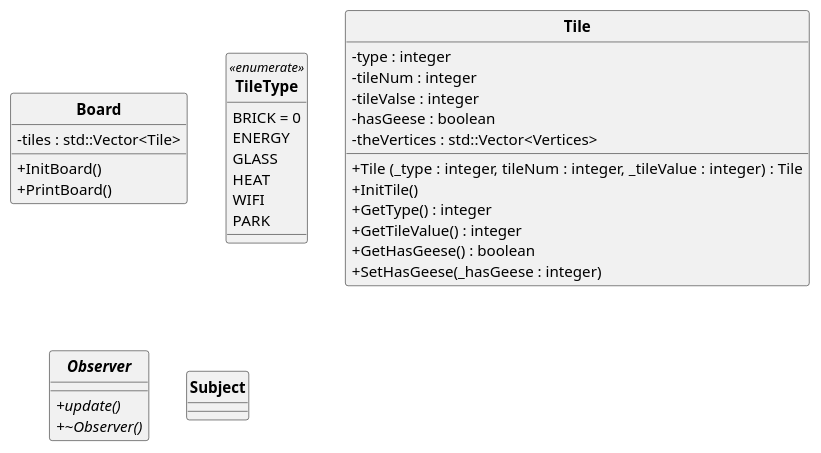
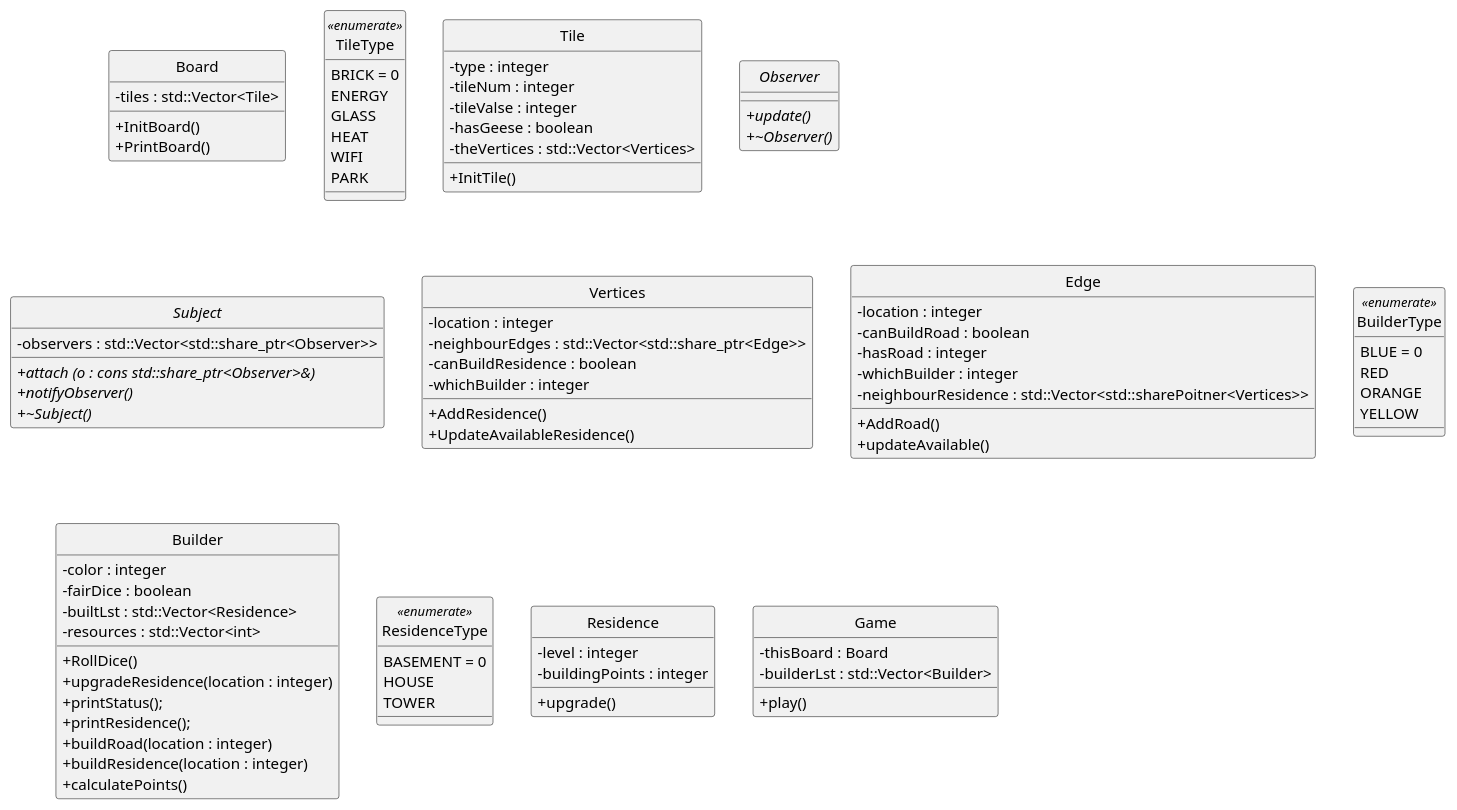
Before and after one commit to Charles-Shang/constructor: the diagram in UML.wsd, drawn with PlantUML.

```diff
--- a/UML.wsd
+++ b/UML.wsd
@@ -1,57 +1,111 @@
 @startuml CS246 Final Project UML 
 skinparam style strictuml
 skinparam SequenceMessageAlignment center
 skinparam classAttributeIconSize 0
 
-' class **Board**  
-' class **TileType**
-' class **Tile**
-' class **Observer**
-' class **Subject**
-' class **Vertices**
-' class **Edge**
-' class **BuilderType**
-' class **Builder**
-' class **ResidenceType**
-' class **Residence**
-' class **Game**
+' class Board  
+' class TileType
+' class Tile
+' class Observer
+' class Subject
+' class Vertices
+' class Edge
+' class BuilderType
+' class Builder
+' class ResidenceType
+' class Residence
+' class Game
 
-class **Board**  {
+class Board  {
     -tiles : std::Vector<Tile>
     +InitBoard()
     +PrintBoard()
 } 
 
-enum **TileType** << enumerate >> {
+enum TileType << enumerate >> {
     BRICK = 0
     ENERGY 
     GLASS 
     HEAT 
     WIFI 
     PARK
 }
 
-class **Tile** {
+class Tile {
     - type : integer
     - tileNum : integer
     - tileValse : integer
     - hasGeese : boolean
     - theVertices : std::Vector<Vertices>
-    + Tile (_type : integer, tileNum : integer, _tileValue : integer) : Tile
     + InitTile()
-    + GetType() : integer
-    + GetTileValue() : integer 
-    + GetHasGeese() : boolean
-    + SetHasGeese(_hasGeese : integer)
 } 
-abstract class **Observer** {
+abstract class Observer {
     + {abstract} update()
     + {abstract} ~Observer()
 }
 
-class **Subject** {
-
+abstract class Subject {
+    - observers : std::Vector<std::share_ptr<Observer>>
+    + {abstract} attach (o : cons std::share_ptr<Observer>&)
+    + {abstract} notifyObserver()
+    + {abstract} ~Subject()
 }
 
+class Vertices {
+    - location : integer
+    - neighbourEdges : std::Vector<std::share_ptr<Edge>> 
+    - canBuildResidence : boolean
+    - whichBuilder : integer
+    + AddResidence()
+    + UpdateAvailableResidence()
+}
 
+class Edge {
+    - location : integer 
+    - canBuildRoad : boolean
+    - hasRoad : integer 
+    - whichBuilder : integer 
+    - neighbourResidence : std::Vector<std::sharePoitner<Vertices>>
+    + AddRoad()
+    + updateAvailable() 
+}
+
+enum BuilderType << enumerate >> {
+    BLUE = 0
+    RED 
+    ORANGE 
+    YELLOW 
+}
+
+class Builder {
+    - color : integer 
+    - fairDice : boolean
+    - builtLst : std::Vector<Residence> 
+    - resources : std::Vector<int>
+    + RollDice()
+    + upgradeResidence(location : integer)
+    + printStatus();
+    + printResidence();
+    + buildRoad(location : integer) 
+    + buildResidence(location : integer)
+    + calculatePoints()
+}
+
+enum ResidenceType << enumerate >> {
+    BASEMENT = 0
+    HOUSE
+    TOWER  
+}
+
+class Residence {
+    - level : integer 
+    - buildingPoints : integer 
+    + upgrade()
+}
+
+class Game {
+    - thisBoard : Board 
+    - builderLst : std::Vector<Builder>
+    + play()
+}
 @enduml
```
